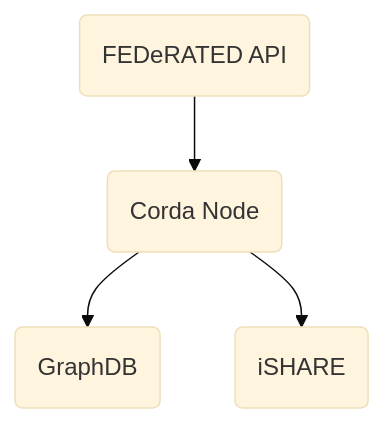
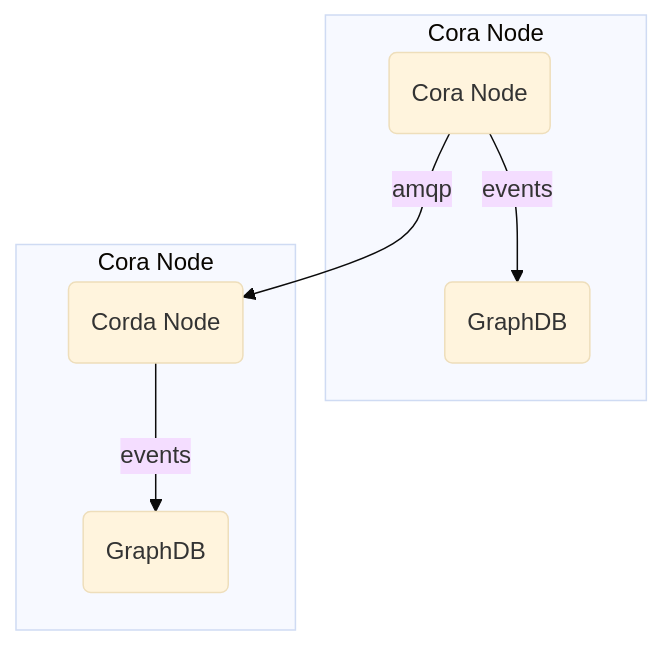
Before and after one commit to federatedplatforms/FEDeRATED-BDI: the second of 2 diagrams in README.md, drawn with Mermaid (base theme). The commit also changed other lines of this file and 1 other file, not shown here.

````diff
--- a/README.md
+++ b/README.md
@@ -15,6 +36,10 @@
 ```mermaid
 graph TD
-    API(FEDeRATED API) --> CORDA(Corda Node)
-    CORDA --> GRAPHDB(GraphDB)
-    CORDA --> ISHARE(iSHARE)
+    subgraph Cora Node 
+        CORDA(Cora Node) -- events --> GRAPHDB(GraphDB)
+    end
+    subgraph Cora Node
+        CORDA -- amqp --> OTHER
+        OTHER(Corda Node) -- events --> OTHERGRAPHDB(GraphDB)
+    end
 ```
````
